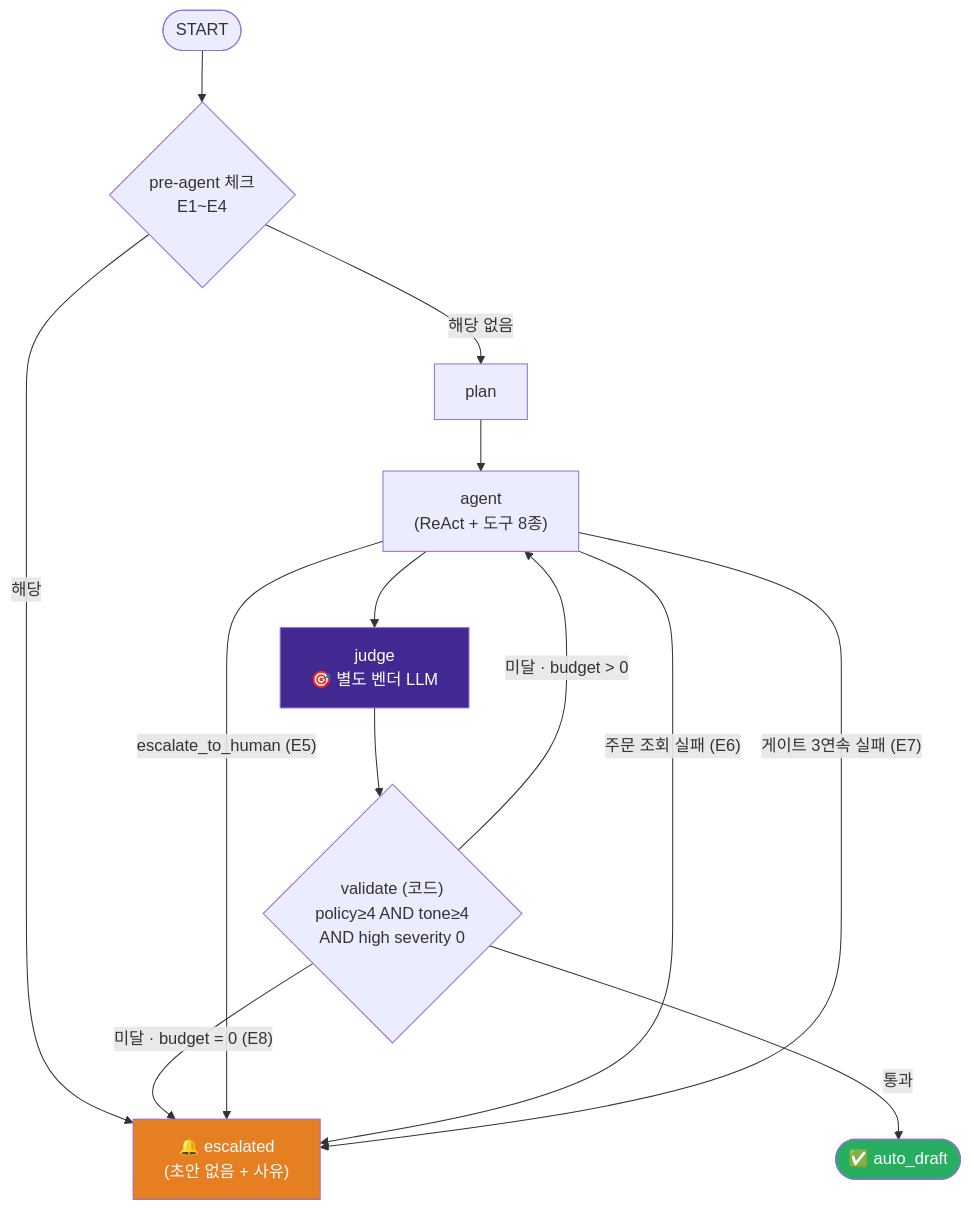
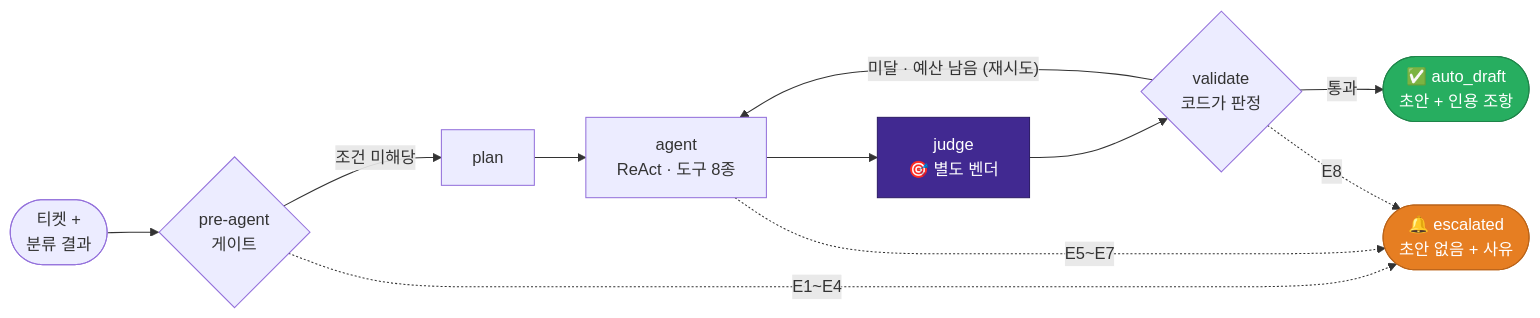
The second of 4 diagrams in README.md (MachuEngine/cs-assistant), drawn with Mermaid before and after one commit. The commit also changed other lines of this file, not shown here.

First line of the commit message:
docs: README 다이어그램 가독성 개선 + 검색 평가의 한계 명시

````diff
--- a/README.md
+++ b/README.md
@@ -129,19 +136,21 @@
 ```mermaid
-flowchart TD
-    S([START]) --> PRE{"pre-agent 체크<br/>E1~E4"}
-    PRE -->|해당| ESC["🔔 escalated<br/>(초안 없음 + 사유)"]
-    PRE -->|해당 없음| P["plan"]
-    P --> A["agent<br/>(ReAct + 도구 8종)"]
-    A --> J["judge<br/>🎯 별도 벤더 LLM"]
-    J --> V{"validate (코드)<br/>policy≥4 AND tone≥4<br/>AND high severity 0"}
-    V -->|통과| OK(["✅ auto_draft"])
-    V -->|"미달 · budget > 0"| A
-    V -->|"미달 · budget = 0 (E8)"| ESC
-    A -->|"escalate_to_human (E5)"| ESC
-    A -->|"주문 조회 실패 (E6)"| ESC
-    A -->|"게이트 3연속 실패 (E7)"| ESC
+flowchart LR
+    S(["티켓 +<br/>분류 결과"]) --> PRE{"pre-agent<br/>게이트"}
+    PRE -->|"조건 미해당"| P["plan"]
+    P --> A["agent<br/>ReAct · 도구 8종"]
+    A --> J["judge<br/>🎯 별도 벤더"]
+    J --> V{"validate<br/>코드가 판정"}
+    V -->|"통과"| OK(["✅ auto_draft<br/>초안 + 인용 조항"])
+    V -->|"미달 · 예산 남음 (재시도)"| A
 
-    style J fill:#412991,color:#fff
-    style ESC fill:#e67e22,color:#fff
-    style OK fill:#27ae60,color:#fff
+    PRE -.->|"E1~E4"| ESC(["🔔 escalated<br/>초안 없음 + 사유"])
+    A   -.->|"E5~E7"| ESC
+    V   -.->|"E8"| ESC
+
+    classDef jud  fill:#412991,stroke:#2d1c66,color:#fff
+    classDef esc  fill:#e67e22,stroke:#ba6318,color:#fff
+    classDef good fill:#27ae60,stroke:#1e8449,color:#fff
+    class J jud
+    class ESC esc
+    class OK good
 ```
````
